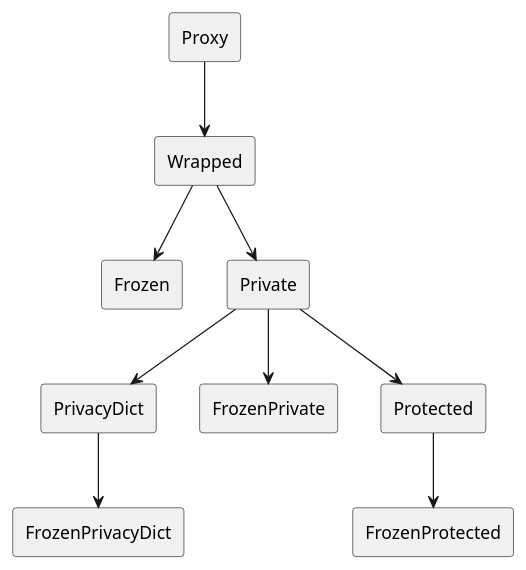
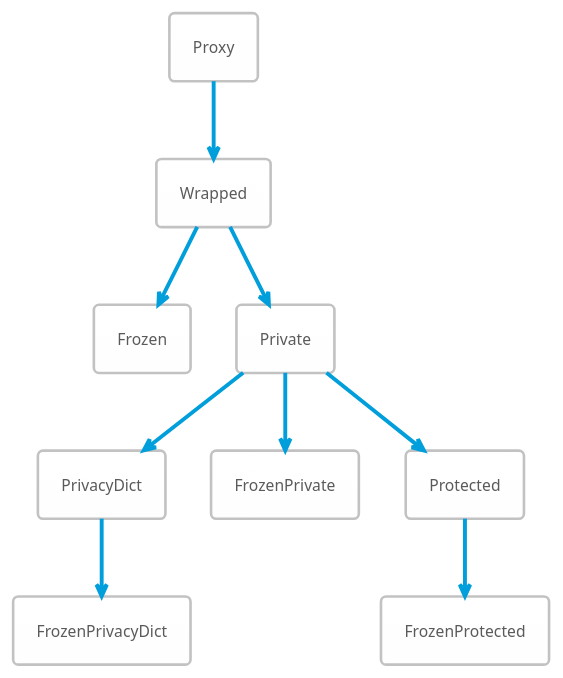
The diagram in classdiagram.puml (sundarnagarajan/pyprotect), drawn with PlantUML before and after one commit. The commit also changed 1 other file, not shown here.

```diff
--- a/classdiagram.puml
+++ b/classdiagram.puml
@@ -2,26 +2,29 @@
 @startuml
+' Create classdiagram.svg using command:
+' java -jar plantuml.jar -tsvg classdiagram.puml
+!theme bluegray
 skinparam linetype polyline
 'skinparam linetype ortho
  
 rectangle Proxy
 rectangle Wrapped
 rectangle Frozen
 rectangle Private
 rectangle PrivacyDict
 rectangle FrozenPrivacyDict
 rectangle FrozenPrivate
 rectangle Protected
 rectangle FrozenProtected
 
 Proxy --> Wrapped
 Wrapped --> Frozen
 Wrapped --> Private
 
 Private --> PrivacyDict
 Private --> FrozenPrivate
 Private --> Protected
 
 PrivacyDict --> FrozenPrivacyDict
 Protected --> FrozenProtected
 
 @enduml
```
